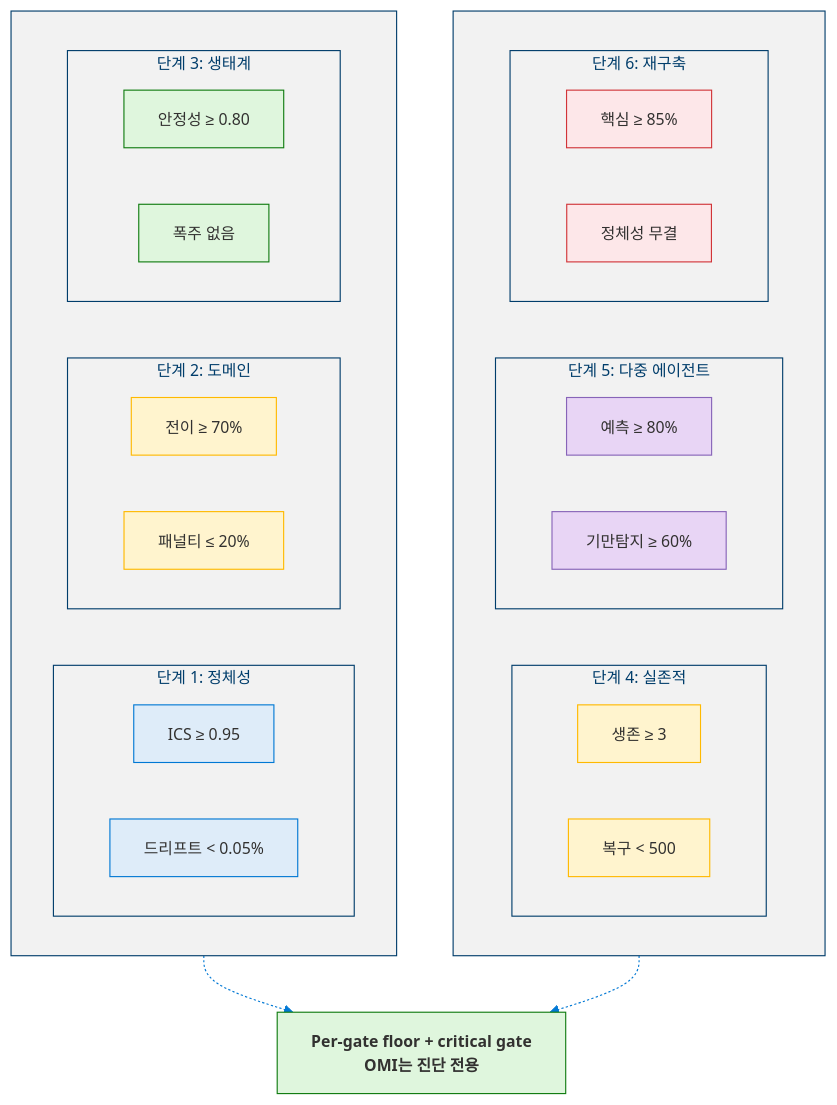
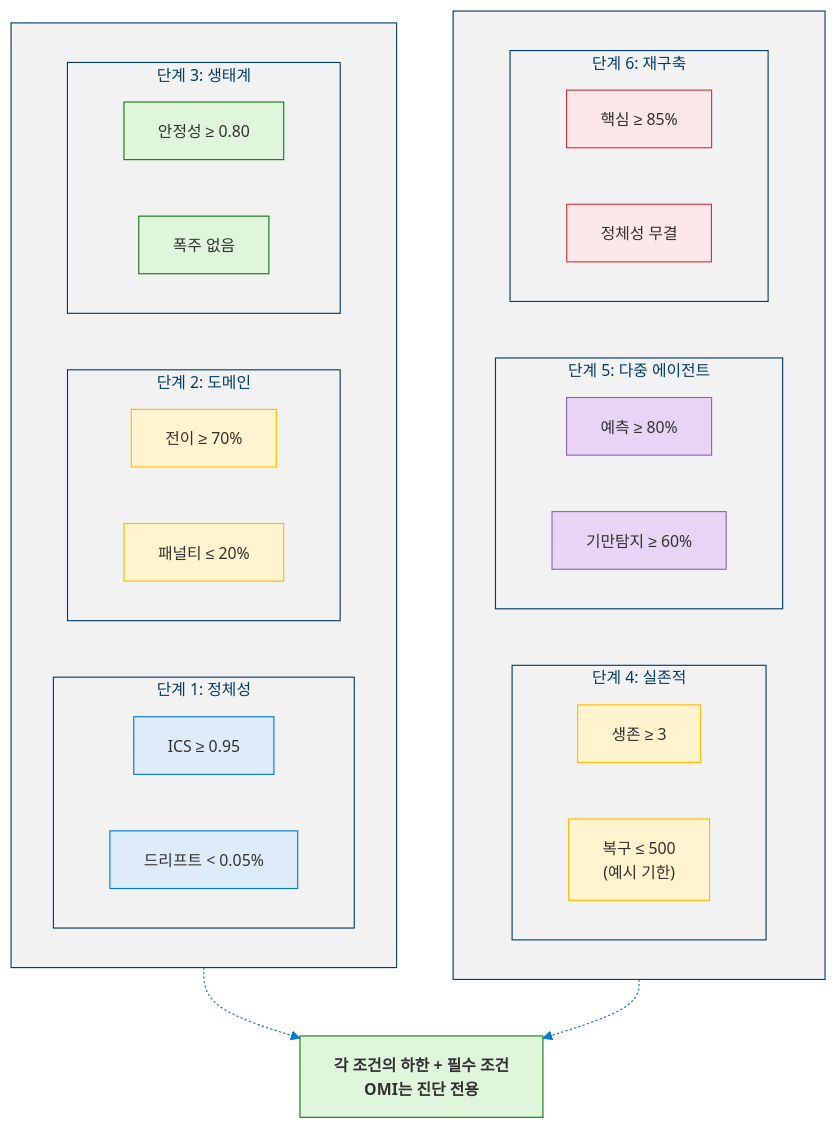
Before and after one commit to dotnetpower/mscp: the third of 16 diagrams in docs/levels/Level_5_Proto_AGI.ko.md, drawn with Mermaid. The commit also changed other lines of this file and 33 other files, not shown here.

````diff
--- a/docs/levels/Level_5_Proto_AGI.ko.md
+++ b/docs/levels/Level_5_Proto_AGI.ko.md
@@ -227,54 +237,54 @@
 ```mermaid
 %%{init: {'theme': 'base', 'themeVariables': {'primaryColor': '#0078D4', 'primaryTextColor': '#003D6B', 'primaryBorderColor': '#003D6B', 'secondaryColor': '#50E6FF', 'secondaryTextColor': '#323130', 'secondaryBorderColor': '#00BCF2', 'tertiaryColor': '#F2F2F2', 'tertiaryTextColor': '#323130', 'lineColor': '#0078D4', 'textColor': '#323130', 'mainBkg': '#DEECF9', 'nodeBorder': '#0078D4', 'clusterBkg': '#F2F2F2', 'clusterBorder': '#003D6B', 'titleColor': '#003D6B', 'edgeLabelBackground': '#FFFFFF', 'fontSize': '14px'}}}%%
 flowchart TB
   classDef p1 fill:#DEECF9,stroke:#0078D4,color:#323130
   classDef p2 fill:#FFF4CE,stroke:#FFB900,color:#323130
   classDef p3 fill:#DFF6DD,stroke:#107C10,color:#323130
   classDef p4 fill:#FFF4CE,stroke:#FFB900,color:#323130
   classDef p5 fill:#E8D5F5,stroke:#8764B8,color:#323130
   classDef p6 fill:#FDE7E9,stroke:#D13438,color:#323130
   classDef omi fill:#DFF6DD,stroke:#107C10,color:#323130,font-weight:bold
 
   subgraph Row1[" "]
     direction LR
     subgraph Phase1["단계 1: 정체성"]
       direction LR
       ID1["ICS ≥ 0.95"]:::p1
       ID2["드리프트 < 0.05%"]:::p1
     end
     subgraph Phase2["단계 2: 도메인"]
       direction LR
       DM1["전이 ≥ 70%"]:::p2
       DM2["패널티 ≤ 20%"]:::p2
     end
     subgraph Phase3["단계 3: 생태계"]
       direction LR
       EC1["안정성 ≥ 0.80"]:::p3
       EC2["폭주 없음"]:::p3
     end
   end
 
   subgraph Row2[" "]
     direction LR
     subgraph Phase4["단계 4: 실존적"]
       direction LR
       EX1["생존 ≥ 3"]:::p4
-      EX2["복구 < 500"]:::p4
+      EX2["복구 ≤ 500<br/>(예시 기한)"]:::p4
     end
     subgraph Phase5["단계 5: 다중 에이전트"]
       direction LR
       MA1["예측 ≥ 80%"]:::p5
       MA2["기만탐지 ≥ 60%"]:::p5
     end
     subgraph Phase6["단계 6: 재구축"]
       direction LR
       RE1["핵심 ≥ 85%"]:::p6
       RE2["정체성 무결"]:::p6
     end
   end
 
-  OMI["Per-gate floor + critical gate<br/>OMI는 진단 전용"]:::omi
+  OMI["각 조건의 하한 + 필수 조건<br/>OMI는 진단 전용"]:::omi
 
   Row1 -.-> OMI
   Row2 -.-> OMI
 ```
````
